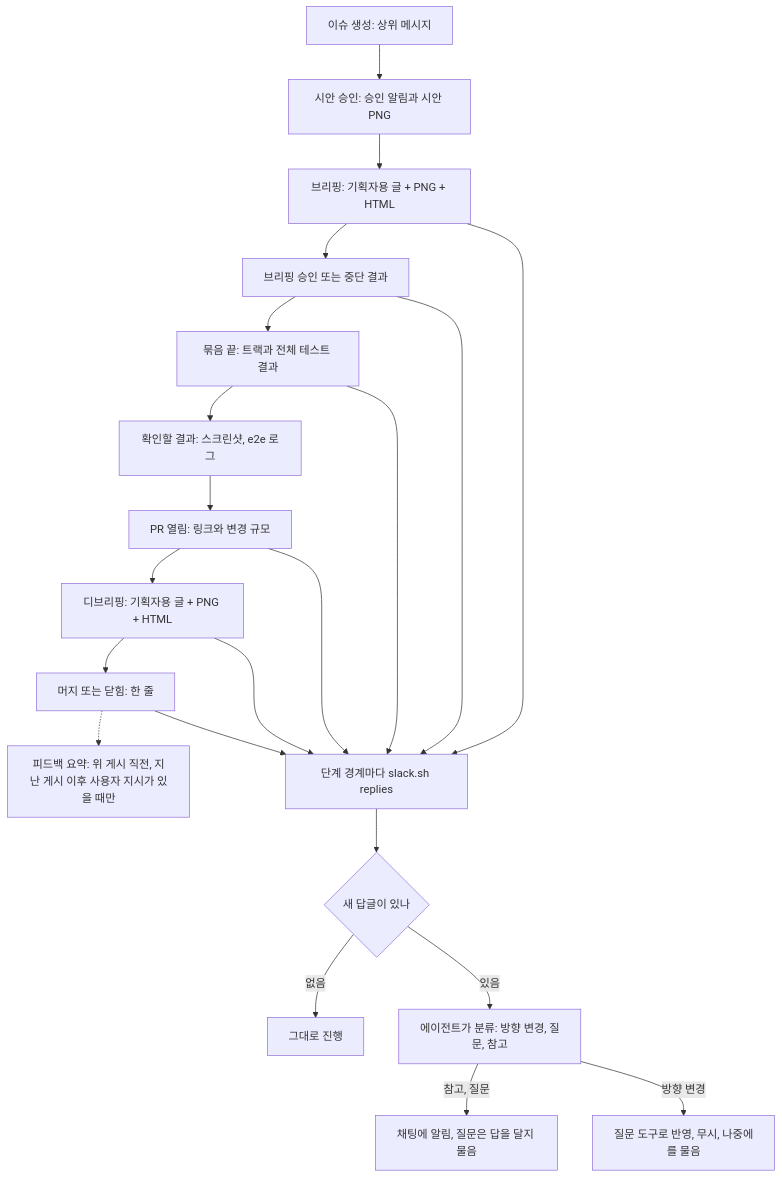
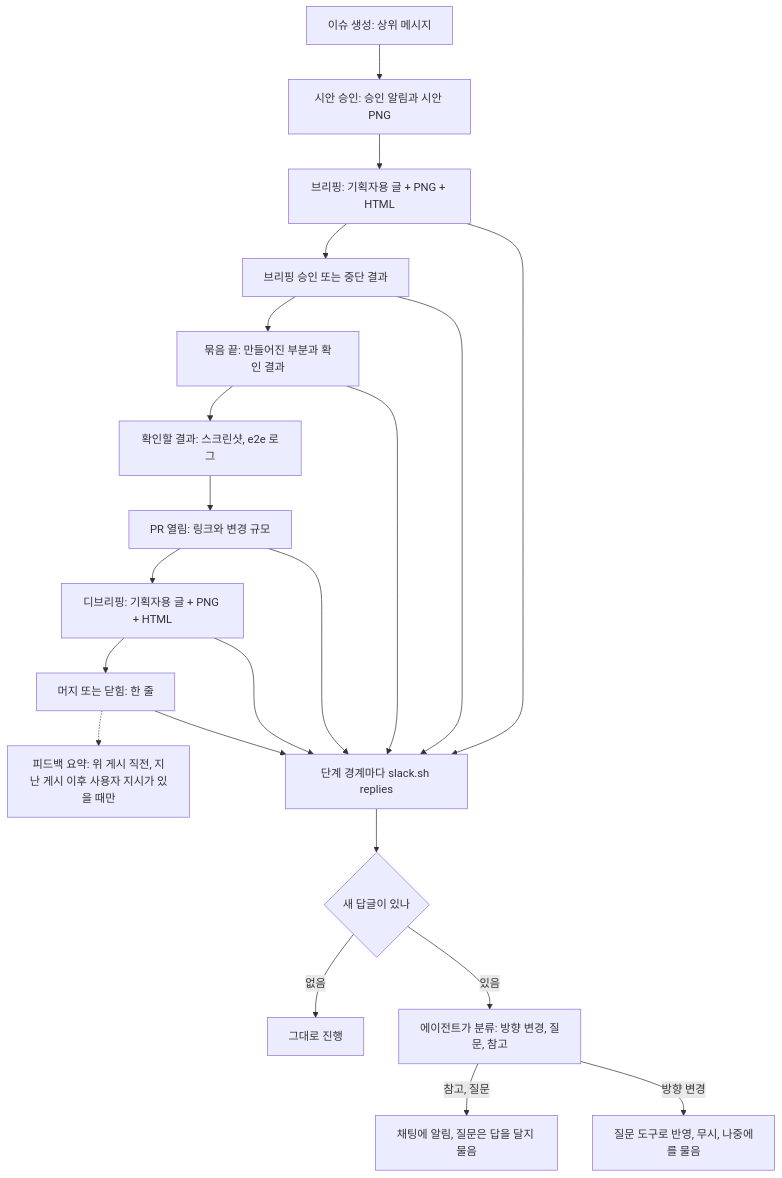
The eighth of 9 diagrams in docs/system/flows.md (dincal/agent_logbook), drawn with Mermaid before and after one commit. The commit also changed other lines of this file and 11 other files, not shown here.

````diff
--- a/docs/system/flows.md
+++ b/docs/system/flows.md
@@ -261,18 +261,18 @@
 ```mermaid
 flowchart TD
   I["이슈 생성: 상위 메시지"] --> D["시안 승인: 승인 알림과 시안 PNG"]
   D --> B["브리핑: 기획자용 글 + PNG + HTML"]
   B --> AP["브리핑 승인 또는 중단 결과"]
-  AP --> W["묶음 끝: 트랙과 전체 테스트 결과"]
+  AP --> W["묶음 끝: 만들어진 부분과 확인 결과"]
   W --> CK["확인할 결과: 스크린샷, e2e 로그"]
   CK --> PR["PR 열림: 링크와 변경 규모"]
   PR --> DB["디브리핑: 기획자용 글 + PNG + HTML"]
   DB --> CL["머지 또는 닫힘: 한 줄"]
   CL -.-> F["피드백 요약: 위 게시 직전, 지난 게시 이후 사용자 지시가 있을 때만"]
   B & AP & W & PR & DB & CL --> R["단계 경계마다 slack.sh replies"]
   R --> N{"새 답글이 있나"}
   N -->|"없음"| G["그대로 진행"]
   N -->|"있음"| C["에이전트가 분류: 방향 변경, 질문, 참고"]
   C -->|"참고, 질문"| T["채팅에 알림, 질문은 답을 달지 물음"]
   C -->|"방향 변경"| Q["질문 도구로 반영, 무시, 나중에를 물음"]
 ```
````
